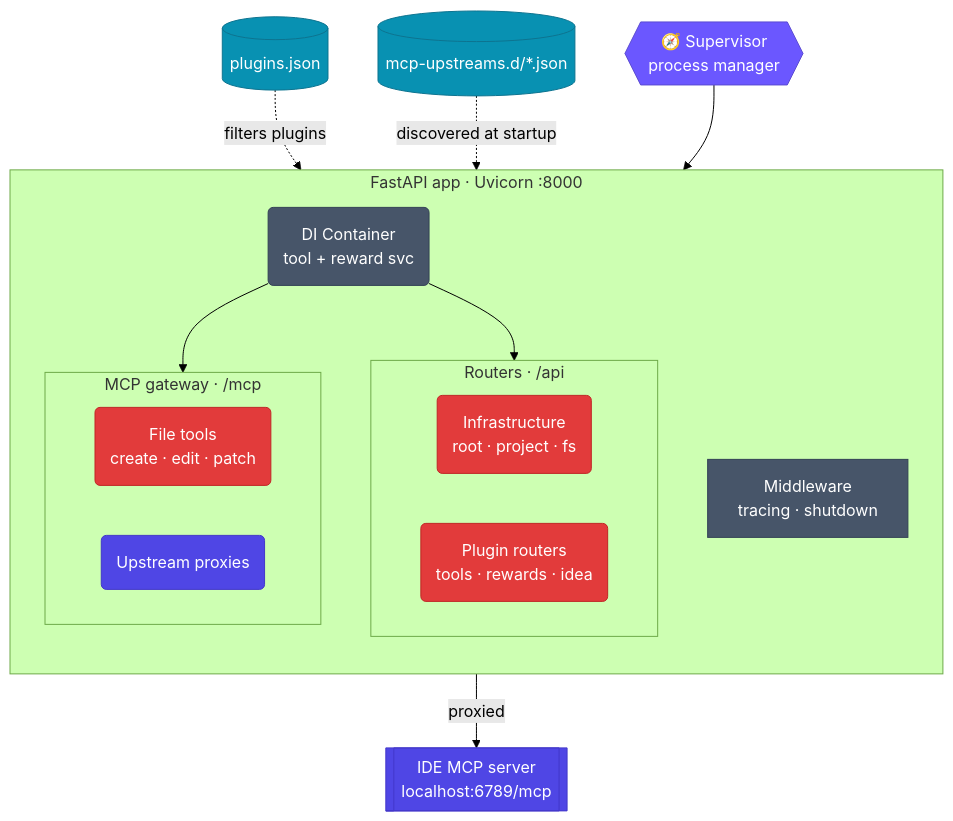
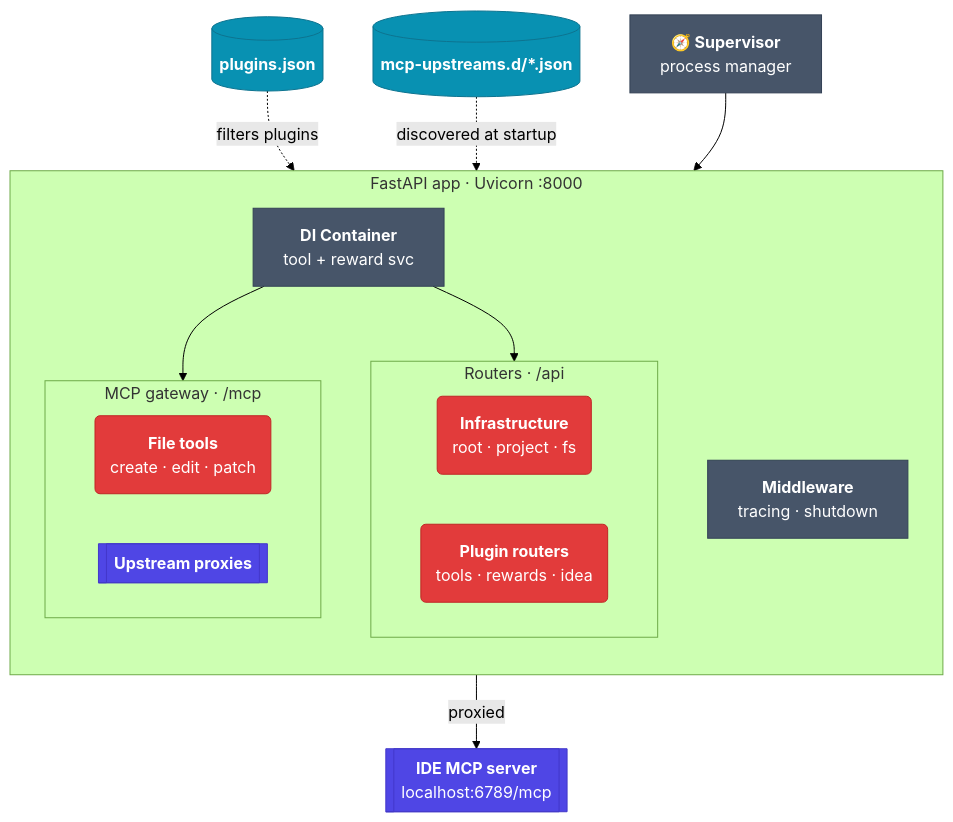
One commit to JetBrains-Research/idegym changed the diagram in website/docs/architecture/server.md. Above: the diagram before and after it, drawn with Mermaid (forest theme). The commit also changed 10 other files, not shown here.

First line of the commit message:
[JBRes-9938] diagrams: unify colors/shapes, bold titles, real tooltips, legend

````diff
--- a/website/docs/architecture/server.md
+++ b/website/docs/architecture/server.md
@@ -14,44 +14,43 @@
 ```mermaid
 flowchart TB
-    sup{{"🧭 Supervisor<br/>process manager"}}:::ctrl
+    sup["<b>🧭 Supervisor</b><br/>process manager"]:::infra
 
     subgraph app["FastAPI app · Uvicorn :8000"]
         direction TB
-        mw["Middleware<br/>tracing · shutdown"]:::infra
-        di("DI Container<br/>tool + reward svc"):::infra
+        mw["<b>Middleware</b><br/>tracing · shutdown"]:::infra
+        di["<b>DI Container</b><br/>tool + reward svc"]:::infra
         subgraph routers["Routers · /api"]
             direction LR
-            rinfra("Infrastructure<br/>root · project · fs"):::tool
-            plug("Plugin routers<br/>tools · rewards · idea"):::tool
+            rinfra("<b>Infrastructure</b><br/>root · project · fs"):::tool
+            plug("<b>Plugin routers</b><br/>tools · rewards · idea"):::tool
         end
         subgraph mcp["MCP gateway · /mcp"]
             direction LR
-            ftools("File tools<br/>create · edit · patch"):::tool
-            proxy("Upstream proxies"):::pod
+            ftools("<b>File tools</b><br/>create · edit · patch"):::tool
+            proxy[["<b>Upstream proxies</b>"]]:::pod
         end
     end
 
-    upstreams[("mcp-upstreams.d/*.json")]:::store
-    pjson[("plugins.json")]:::store
-    ide[["IDE MCP server<br/>localhost:6789/mcp"]]:::pod
+    upstreams[("<b>mcp-upstreams.d/*.json</b>")]:::store
+    pjson[("<b>plugins.json</b>")]:::store
+    ide[["<b>IDE MCP server</b><br/>localhost:6789/mcp"]]:::pod
 
     sup --> app
     pjson -.->|"filters plugins"| plug
     di --> plug
     di --> ftools
     upstreams -.->|"discovered at startup"| proxy
     proxy -->|"proxied"| ide
 
-    click sup "https://github.com/JetBrains-Research/idegym/blob/main/supervisord.conf" "supervisord.conf"
-    click rinfra "https://github.com/JetBrains-Research/idegym/blob/main/server/main.py" "server/main.py — app assembly"
-    click plug "https://github.com/JetBrains-Research/idegym/blob/main/plugins/defaults/src/idegym/plugins/defaults/server.py" "default server plugins"
-    click ftools "https://github.com/JetBrains-Research/idegym/blob/main/server/mcp_proxy.py" "MCP gateway source"
-    click proxy "https://github.com/JetBrains-Research/idegym/blob/main/server/mcp_proxy.py" "MCP gateway source"
-    click di "https://github.com/JetBrains-Research/idegym/blob/main/server/dependencies.py" "DI container source"
+    click sup "https://github.com/JetBrains-Research/idegym/blob/main/supervisord.conf" "View the supervisord config on GitHub."
+    click rinfra "https://github.com/JetBrains-Research/idegym/blob/main/server/main.py" "See how server/main.py assembles the app on GitHub."
+    click plug "https://github.com/JetBrains-Research/idegym/blob/main/plugins/defaults/src/idegym/plugins/defaults/server.py" "Browse the default server plugins on GitHub."
+    click ftools "https://github.com/JetBrains-Research/idegym/blob/main/server/mcp_proxy.py" "View the MCP gateway source on GitHub."
+    click proxy "https://github.com/JetBrains-Research/idegym/blob/main/server/mcp_proxy.py" "View the MCP gateway source on GitHub."
+    click di "https://github.com/JetBrains-Research/idegym/blob/main/server/dependencies.py" "View the DI container source on GitHub."
 
-    classDef ctrl fill:#6b57ff,stroke:#5b4bd2,color:#fff;
     classDef infra fill:#475569,stroke:#334155,color:#fff;
     classDef tool fill:#e23b3b,stroke:#c02626,color:#fff;
     classDef pod fill:#4f46e5,stroke:#4338ca,color:#fff;
     classDef store fill:#0891b2,stroke:#0e7490,color:#fff;
 ```
````
